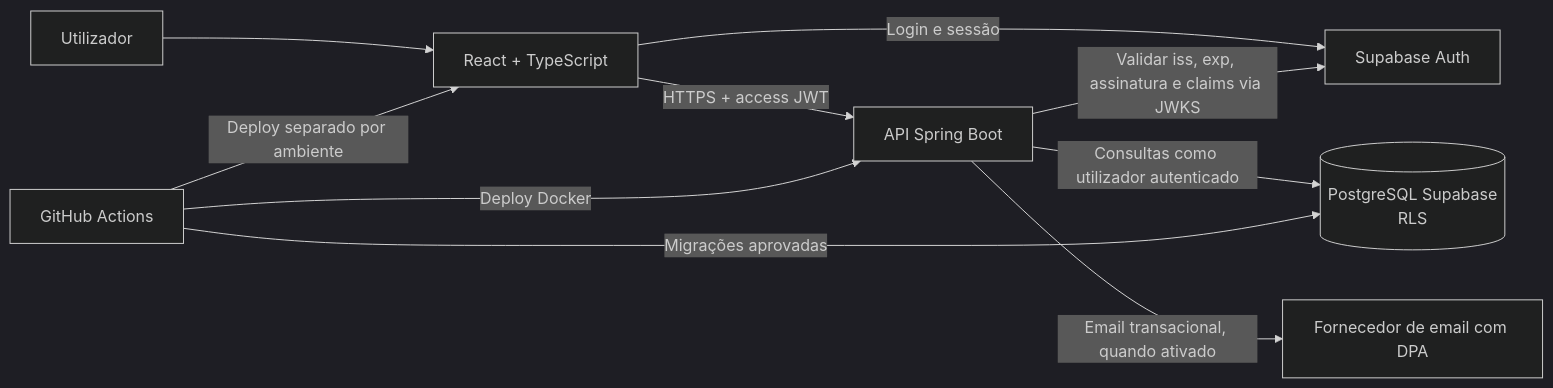
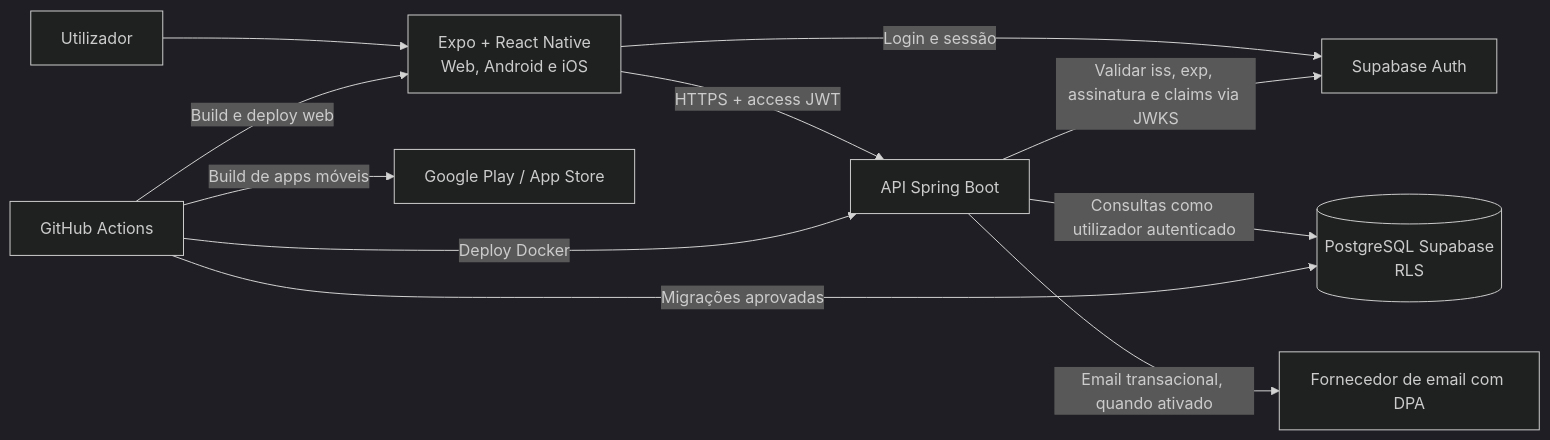
The first of 3 diagrams in docs/architecture.md (dconceicao01/SpendWise), drawn with Mermaid (dark theme) before and after one commit. The commit also changed other lines of this file and 44 other files, not shown here.

Commit message:
feat: migrate frontend to Expo universal app

````diff
--- a/docs/architecture.md
+++ b/docs/architecture.md
@@ -5,12 +5,13 @@
 ```mermaid
 flowchart LR
-  U[Utilizador] --> WEB[React + TypeScript]
-  WEB -->|Login e sessão| AUTH[Supabase Auth]
-  WEB -->|HTTPS + access JWT| API[API Spring Boot]
+  U[Utilizador] --> APP[Expo + React Native<br/>Web, Android e iOS]
+  APP -->|Login e sessão| AUTH[Supabase Auth]
+  APP -->|HTTPS + access JWT| API[API Spring Boot]
   API -->|Validar iss, exp, assinatura e claims via JWKS| AUTH
   API -->|Consultas como utilizador autenticado| DB[(PostgreSQL Supabase<br/>RLS)]
   API -->|Email transacional, quando ativado| MAIL[Fornecedor de email com DPA]
-  GH[GitHub Actions] -->|Deploy separado por ambiente| WEB
+  GH[GitHub Actions] -->|Build e deploy web| APP
+  GH -->|Build de apps móveis| STORE[Google Play / App Store]
   GH -->|Deploy Docker| API
   GH -->|Migrações aprovadas| DB
 ```
````
